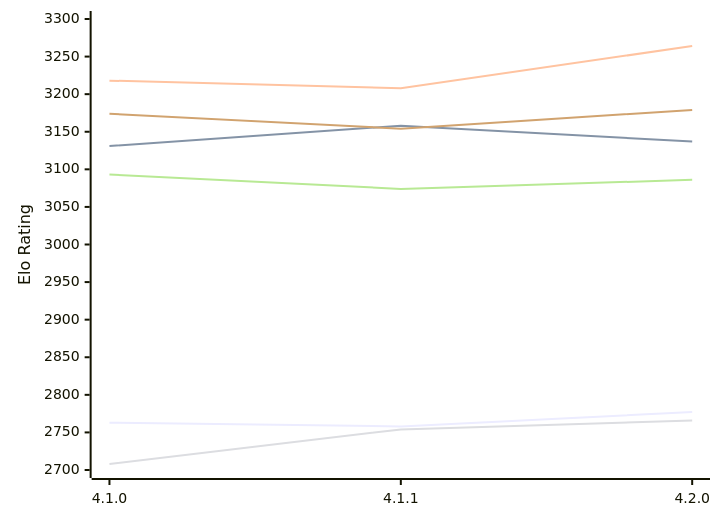
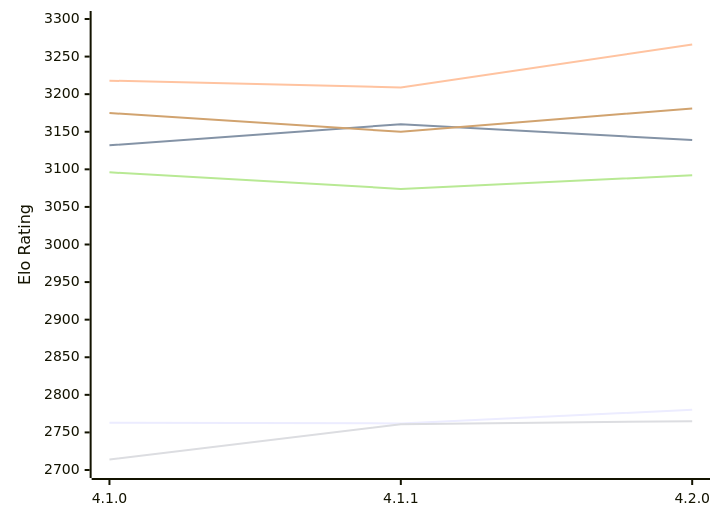
One commit to computer-chess-index/cci changed the diagram in engines/LunaChessEngine.md. Above: the diagram before and after it, drawn with Mermaid. The commit also changed other lines of this file, not shown here.

Commit message:
Update CCI Ratings (ELO VLTC) - 2026-11-17

````diff
--- a/engines/LunaChessEngine.md
+++ b/engines/LunaChessEngine.md
@@ -51,12 +51,12 @@
 ```mermaid
 %%{init: {"theme":"base","themeVariables":{"seriesColors:['#a3a3a3','#222221','#faa371']}}}%%
 xychart-beta
   x-axis ["4.1.0", "4.1.1", "4.2.0"]
   y-axis "Elo Rating" 2700 --> 3300
-  line "E1: STC (8.0+0.08s)" [2763, 2758, 2777]
-  line "E1: LTC (60.0+0.60s)" [3131, 3158, 3137]
-  line "E1: VLTC (2m24s+1.12s)" [3218, 3208, 3264]
-  line "P1: STC (8.0+0.08s)" [2708, 2754, 2766]
-  line "P1: LTC (60.0+0.60s)" [3093, 3074, 3086]
-  line "P1: VLTC (2m24s+1.12s)" [3174, 3154, 3179]
+  line "E1: STC (8.0+0.08s)" [2763, 2762, 2780]
+  line "E1: LTC (60.0+0.60s)" [3132, 3160, 3139]
+  line "E1: VLTC (2m24s+1.12s)" [3218, 3209, 3266]
+  line "P1: STC (8.0+0.08s)" [2714, 2761, 2765]
+  line "P1: LTC (60.0+0.60s)" [3096, 3074, 3092]
+  line "P1: VLTC (2m24s+1.12s)" [3175, 3150, 3181]
 ```
````
